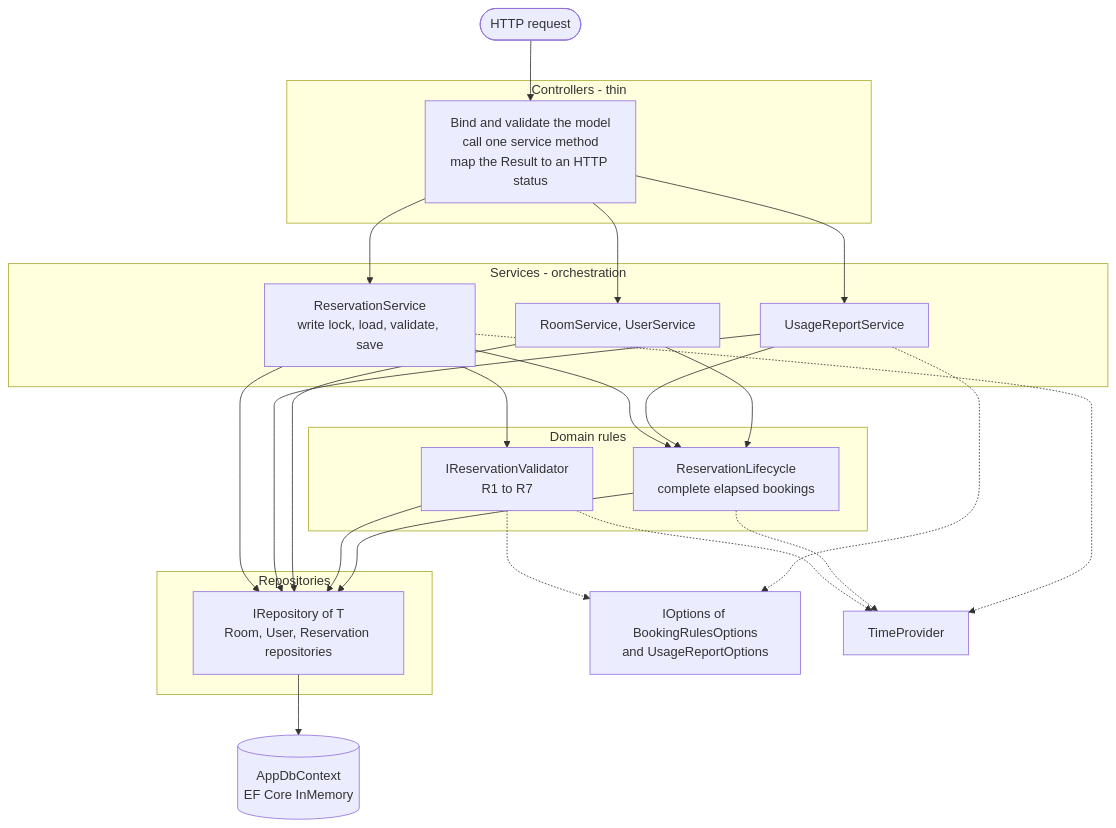
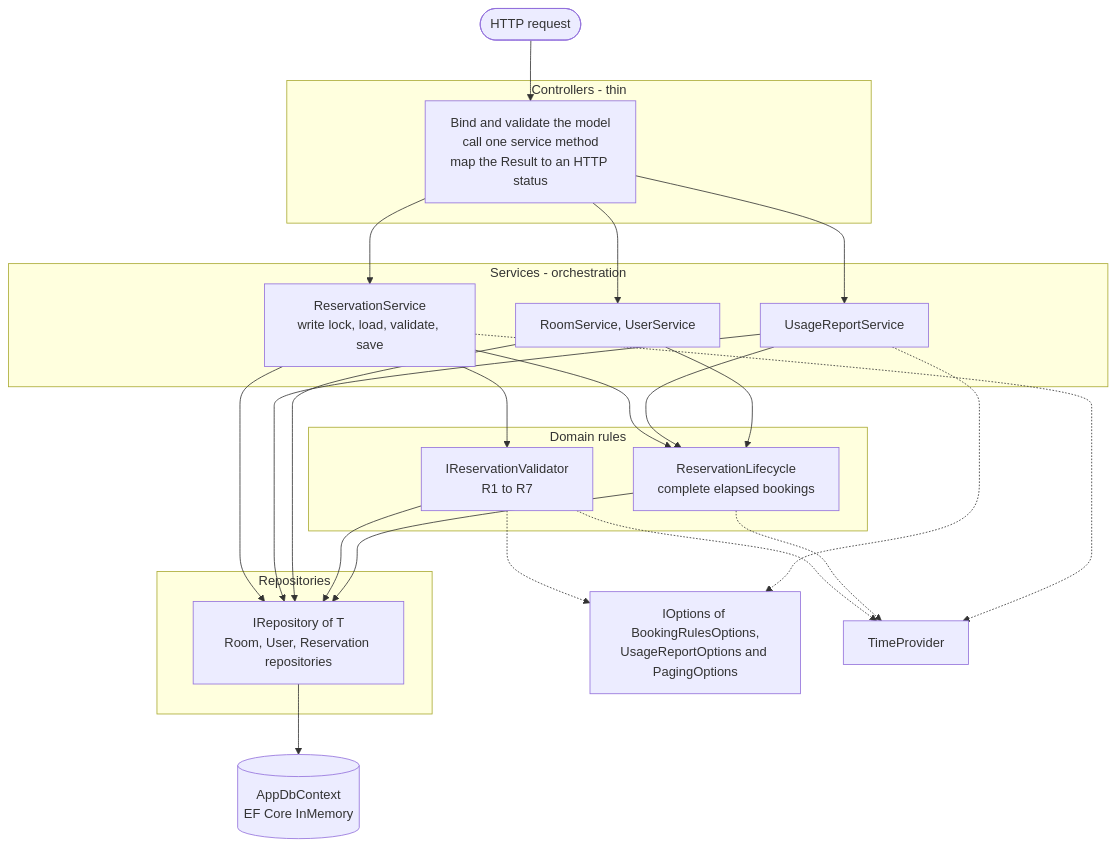
Before and after one commit to Amith-Ganta/Room_Reservation_System_Claude: the second of 9 diagrams in README.md, drawn with Mermaid. The commit also changed other lines of this file and 44 other files, not shown here.

````diff
--- a/README.md
+++ b/README.md
@@ -143,47 +143,47 @@
 ```mermaid
 flowchart TB
     http(["HTTP request"])
 
     subgraph C["Controllers - thin"]
         ctl["Bind and validate the model<br/>call one service method<br/>map the Result to an HTTP status"]
     end
 
     subgraph S["Services - orchestration"]
         rs["ReservationService<br/>write lock, load, validate, save"]
         us["UsageReportService"]
         qs["RoomService, UserService"]
     end
 
     subgraph D["Domain rules"]
         val["IReservationValidator<br/>R1 to R7"]
         life["ReservationLifecycle<br/>complete elapsed bookings"]
     end
 
     subgraph R["Repositories"]
         repo["IRepository of T<br/>Room, User, Reservation repositories"]
     end
 
     ef[("AppDbContext<br/>EF Core InMemory")]
-    opts["IOptions of BookingRulesOptions<br/>and UsageReportOptions"]
+    opts["IOptions of BookingRulesOptions,<br/>UsageReportOptions and PagingOptions"]
     clock["TimeProvider"]
 
     http --> ctl
     ctl --> rs
     ctl --> us
     ctl --> qs
     rs --> val
     rs --> life
     rs --> repo
     us --> life
     us --> repo
     qs --> life
     qs --> repo
     val --> repo
     life --> repo
     repo --> ef
     val -.-> opts
     us -.-> opts
     val -.-> clock
     life -.-> clock
     rs -.-> clock
 ```
````
